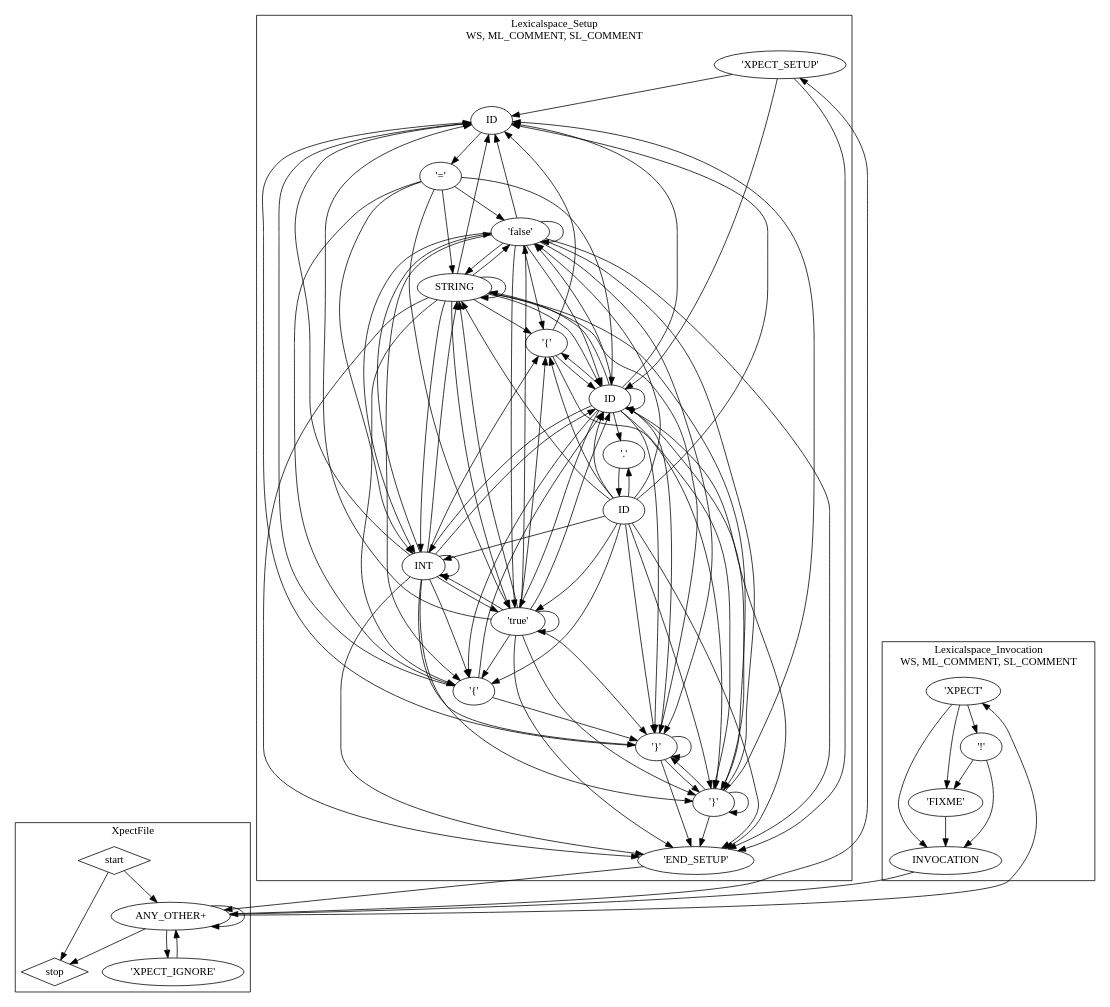
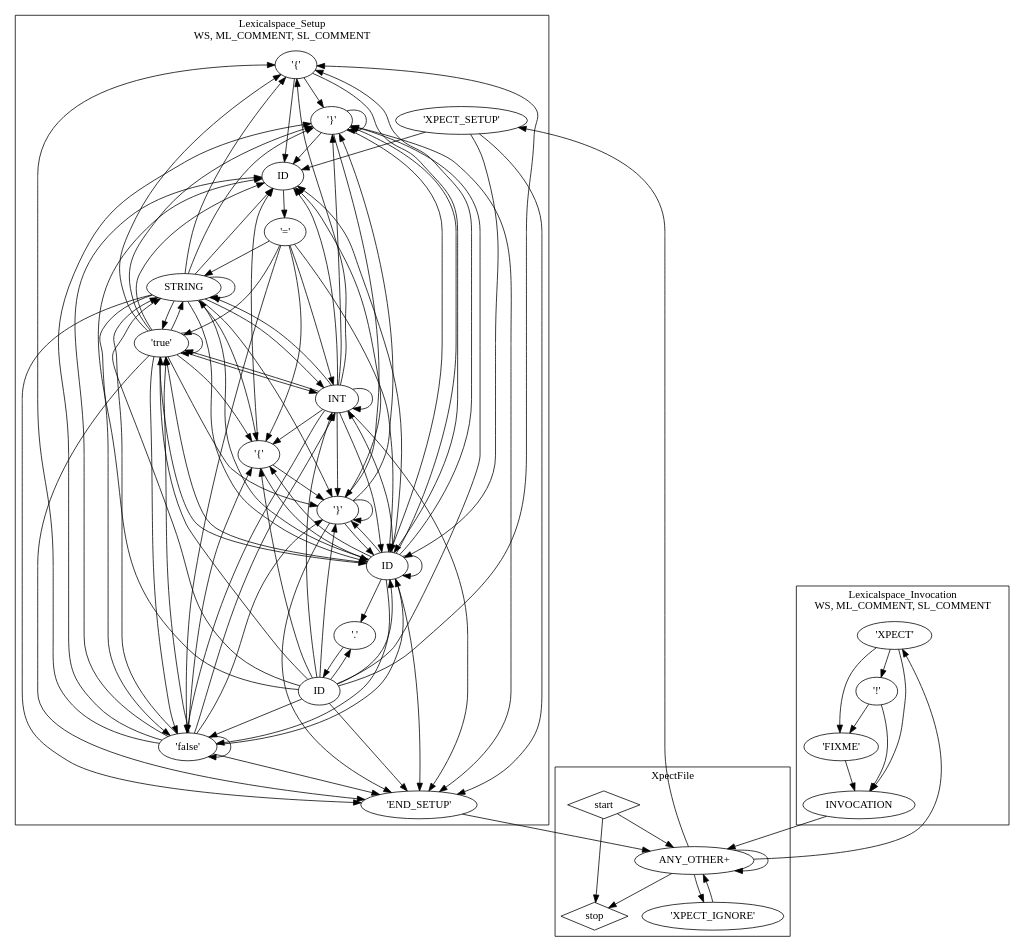
One commit to tjeske/Xpect changed the diagram in org.eclipse.xpect.ui/src-gen/org/eclipse/xpect/lexer/XpectCAGrammarNfa.dot. Above: the diagram before and after it, drawn with Graphviz. The commit also changed 66 other files, not shown here.

```diff
--- a/org.eclipse.xpect.ui/src-gen/org/eclipse/xpect/lexer/XpectCAGrammarNfa.dot
+++ b/org.eclipse.xpect.ui/src-gen/org/eclipse/xpect/lexer/XpectCAGrammarNfa.dot
@@ -1,150 +1,150 @@
 ## This is a Graphviz .dot file (http://www.graphviz.org/)
 ## You can use the command 'dot -Tpdf this.dot > out.pdf' to render it.
 digraph G {
-subgraph cluster_lexicalgroup435175610 {
+subgraph cluster_lexicalgroup50297459 {
 label="Lexicalspace_Setup\nWS, ML_COMMENT, SL_COMMENT";
-tokennfastate1112815284 [label=ID];
-tokennfastate457198113 [label="'}'"];
-tokennfastate1534055213 [label="'false'"];
-tokennfastate1451083735 [label="'true'"];
-tokennfastate677196787 [label="'END_SETUP'"];
-tokennfastate37108197 [label="'XPECT_SETUP'"];
-tokennfastate781570403 [label="'{'"];
-tokennfastate1459324877 [label=ID];
-tokennfastate671785405 [label="'.'"];
-tokennfastate1835492991 [label=INT];
-tokennfastate1845535162 [label="'}'"];
-tokennfastate801965910 [label="'{'"];
-tokennfastate98860575 [label=STRING];
-tokennfastate604285754 [label=ID];
-tokennfastate1953442705 [label="'='"];
+tokennfastate1663411526 [label="'{'"];
+tokennfastate2013424197 [label=STRING];
+tokennfastate1449912962 [label="'}'"];
+tokennfastate200704889 [label=ID];
+tokennfastate1260967815 [label="'.'"];
+tokennfastate1948971322 [label=ID];
+tokennfastate323100336 [label="'='"];
+tokennfastate1196005594 [label="'}'"];
+tokennfastate486884531 [label="'false'"];
+tokennfastate584573217 [label="'{'"];
+tokennfastate1761861940 [label="'END_SETUP'"];
+tokennfastate2010244873 [label=INT];
+tokennfastate1614100844 [label=ID];
+tokennfastate514944587 [label="'true'"];
+tokennfastate1635523266 [label="'XPECT_SETUP'"];
 }
 
-subgraph cluster_lexicalgroup1329897103 {
+subgraph cluster_lexicalgroup236055802 {
 label="XpectFile\n";
-tokennfastate800126002 [shape=diamond,label=start];
-tokennfastate1486928014 [label="ANY_OTHER+"];
-tokennfastate1630819041 [shape=diamond,label=stop];
-tokennfastate1147607035 [label="'XPECT_IGNORE'"];
+tokennfastate1347473278 [shape=diamond,label=start];
+tokennfastate1831624194 [label="ANY_OTHER+"];
+tokennfastate834001734 [label="'XPECT_IGNORE'"];
+tokennfastate1880091792 [shape=diamond,label=stop];
 }
 
-subgraph cluster_lexicalgroup1803361784 {
+subgraph cluster_lexicalgroup1874542689 {
 label="Lexicalspace_Invocation\nWS, ML_COMMENT, SL_COMMENT";
-tokennfastate693539581 [label="'XPECT'"];
-tokennfastate222399667 [label="'FIXME'"];
-tokennfastate16719145 [label=INVOCATION];
-tokennfastate278738215 [label="'!'"];
+tokennfastate1747471609 [label="'FIXME'"];
+tokennfastate2085961313 [label="'XPECT'"];
+tokennfastate637301446 [label="'!'"];
+tokennfastate144616229 [label=INVOCATION];
 }
 
-tokennfastate1112815284->tokennfastate1953442705 [];
-tokennfastate457198113->tokennfastate677196787 [];
-tokennfastate457198113->tokennfastate1459324877 [];
-tokennfastate457198113->tokennfastate1112815284 [];
-tokennfastate457198113->tokennfastate457198113 [];
-tokennfastate457198113->tokennfastate1845535162 [];
-tokennfastate1534055213->tokennfastate781570403 [];
-tokennfastate1534055213->tokennfastate457198113 [];
-tokennfastate1534055213->tokennfastate1459324877 [];
-tokennfastate1534055213->tokennfastate1112815284 [];
-tokennfastate1534055213->tokennfastate1845535162 [];
-tokennfastate1534055213->tokennfastate677196787 [];
-tokennfastate1534055213->tokennfastate801965910 [];
-tokennfastate1534055213->tokennfastate1451083735 [];
-tokennfastate1534055213->tokennfastate1534055213 [];
-tokennfastate1534055213->tokennfastate1835492991 [];
-tokennfastate1534055213->tokennfastate98860575 [];
-tokennfastate1451083735->tokennfastate781570403 [];
-tokennfastate1451083735->tokennfastate457198113 [];
-tokennfastate1451083735->tokennfastate1459324877 [];
-tokennfastate1451083735->tokennfastate1112815284 [];
-tokennfastate1451083735->tokennfastate1845535162 [];
-tokennfastate1451083735->tokennfastate677196787 [];
-tokennfastate1451083735->tokennfastate801965910 [];
-tokennfastate1451083735->tokennfastate1451083735 [];
-tokennfastate1451083735->tokennfastate1534055213 [];
-tokennfastate1451083735->tokennfastate1835492991 [];
-tokennfastate1451083735->tokennfastate98860575 [];
-tokennfastate677196787->tokennfastate1486928014 [];
-tokennfastate37108197->tokennfastate677196787 [];
-tokennfastate37108197->tokennfastate1459324877 [];
-tokennfastate37108197->tokennfastate1112815284 [];
-tokennfastate781570403->tokennfastate1845535162 [];
-tokennfastate781570403->tokennfastate1112815284 [];
-tokennfastate781570403->tokennfastate1459324877 [];
-tokennfastate1459324877->tokennfastate677196787 [];
-tokennfastate1459324877->tokennfastate1459324877 [];
-tokennfastate1459324877->tokennfastate1112815284 [];
-tokennfastate1459324877->tokennfastate671785405 [];
-tokennfastate1459324877->tokennfastate457198113 [];
-tokennfastate1459324877->tokennfastate1845535162 [];
-tokennfastate1459324877->tokennfastate1451083735 [];
-tokennfastate1459324877->tokennfastate1534055213 [];
-tokennfastate1459324877->tokennfastate1835492991 [];
-tokennfastate1459324877->tokennfastate98860575 [];
-tokennfastate1459324877->tokennfastate781570403 [];
-tokennfastate1459324877->tokennfastate801965910 [];
-tokennfastate671785405->tokennfastate604285754 [];
-tokennfastate1835492991->tokennfastate781570403 [];
-tokennfastate1835492991->tokennfastate457198113 [];
-tokennfastate1835492991->tokennfastate1459324877 [];
-tokennfastate1835492991->tokennfastate1112815284 [];
-tokennfastate1835492991->tokennfastate1845535162 [];
-tokennfastate1835492991->tokennfastate677196787 [];
-tokennfastate1835492991->tokennfastate801965910 [];
-tokennfastate1835492991->tokennfastate1451083735 [];
-tokennfastate1835492991->tokennfastate1534055213 [];
-tokennfastate1835492991->tokennfastate1835492991 [];
-tokennfastate1835492991->tokennfastate98860575 [];
-tokennfastate1845535162->tokennfastate457198113 [];
-tokennfastate1845535162->tokennfastate1459324877 [];
-tokennfastate1845535162->tokennfastate1112815284 [];
-tokennfastate1845535162->tokennfastate1845535162 [];
-tokennfastate1845535162->tokennfastate677196787 [];
-tokennfastate801965910->tokennfastate457198113 [];
-tokennfastate801965910->tokennfastate1459324877 [];
-tokennfastate801965910->tokennfastate1112815284 [];
-tokennfastate98860575->tokennfastate781570403 [];
-tokennfastate98860575->tokennfastate457198113 [];
-tokennfastate98860575->tokennfastate1459324877 [];
-tokennfastate98860575->tokennfastate1112815284 [];
-tokennfastate98860575->tokennfastate1845535162 [];
-tokennfastate98860575->tokennfastate677196787 [];
-tokennfastate98860575->tokennfastate801965910 [];
-tokennfastate98860575->tokennfastate1451083735 [];
-tokennfastate98860575->tokennfastate1534055213 [];
-tokennfastate98860575->tokennfastate1835492991 [];
-tokennfastate98860575->tokennfastate98860575 [];
-tokennfastate604285754->tokennfastate801965910 [];
-tokennfastate604285754->tokennfastate1451083735 [];
-tokennfastate604285754->tokennfastate1534055213 [];
-tokennfastate604285754->tokennfastate1835492991 [];
-tokennfastate604285754->tokennfastate98860575 [];
-tokennfastate604285754->tokennfastate457198113 [];
-tokennfastate604285754->tokennfastate1459324877 [];
-tokennfastate604285754->tokennfastate1112815284 [];
-tokennfastate604285754->tokennfastate1845535162 [];
-tokennfastate604285754->tokennfastate677196787 [];
-tokennfastate604285754->tokennfastate781570403 [];
-tokennfastate604285754->tokennfastate671785405 [];
-tokennfastate1953442705->tokennfastate1459324877 [];
-tokennfastate1953442705->tokennfastate781570403 [];
-tokennfastate1953442705->tokennfastate1451083735 [];
-tokennfastate1953442705->tokennfastate1534055213 [];
-tokennfastate1953442705->tokennfastate1835492991 [];
-tokennfastate1953442705->tokennfastate98860575 [];
-tokennfastate800126002->tokennfastate1630819041 [];
-tokennfastate800126002->tokennfastate1486928014 [];
-tokennfastate1486928014->tokennfastate1147607035 [];
-tokennfastate1486928014->tokennfastate37108197 [];
-tokennfastate1486928014->tokennfastate693539581 [];
-tokennfastate1486928014->tokennfastate1630819041 [];
-tokennfastate1486928014->tokennfastate1486928014 [];
-tokennfastate1147607035->tokennfastate1486928014 [];
-tokennfastate693539581->tokennfastate16719145 [];
-tokennfastate693539581->tokennfastate278738215 [];
-tokennfastate693539581->tokennfastate222399667 [];
-tokennfastate222399667->tokennfastate16719145 [];
-tokennfastate16719145->tokennfastate1486928014 [];
-tokennfastate278738215->tokennfastate16719145 [];
-tokennfastate278738215->tokennfastate222399667 [];
+tokennfastate1663411526->tokennfastate1449912962 [];
+tokennfastate1663411526->tokennfastate1948971322 [];
+tokennfastate1663411526->tokennfastate200704889 [];
+tokennfastate2013424197->tokennfastate584573217 [];
+tokennfastate2013424197->tokennfastate1449912962 [];
+tokennfastate2013424197->tokennfastate1948971322 [];
+tokennfastate2013424197->tokennfastate200704889 [];
+tokennfastate2013424197->tokennfastate1196005594 [];
+tokennfastate2013424197->tokennfastate1761861940 [];
+tokennfastate2013424197->tokennfastate1663411526 [];
+tokennfastate2013424197->tokennfastate514944587 [];
+tokennfastate2013424197->tokennfastate486884531 [];
+tokennfastate2013424197->tokennfastate2010244873 [];
+tokennfastate2013424197->tokennfastate2013424197 [];
+tokennfastate1449912962->tokennfastate1761861940 [];
+tokennfastate1449912962->tokennfastate1948971322 [];
+tokennfastate1449912962->tokennfastate200704889 [];
+tokennfastate1449912962->tokennfastate1449912962 [];
+tokennfastate1449912962->tokennfastate1196005594 [];
+tokennfastate200704889->tokennfastate323100336 [];
+tokennfastate1260967815->tokennfastate1614100844 [];
+tokennfastate1948971322->tokennfastate1761861940 [];
+tokennfastate1948971322->tokennfastate1948971322 [];
+tokennfastate1948971322->tokennfastate200704889 [];
+tokennfastate1948971322->tokennfastate1260967815 [];
+tokennfastate1948971322->tokennfastate1449912962 [];
+tokennfastate1948971322->tokennfastate1196005594 [];
+tokennfastate1948971322->tokennfastate514944587 [];
+tokennfastate1948971322->tokennfastate486884531 [];
+tokennfastate1948971322->tokennfastate2010244873 [];
+tokennfastate1948971322->tokennfastate2013424197 [];
+tokennfastate1948971322->tokennfastate584573217 [];
+tokennfastate1948971322->tokennfastate1663411526 [];
+tokennfastate323100336->tokennfastate1948971322 [];
+tokennfastate323100336->tokennfastate584573217 [];
+tokennfastate323100336->tokennfastate514944587 [];
+tokennfastate323100336->tokennfastate486884531 [];
+tokennfastate323100336->tokennfastate2010244873 [];
+tokennfastate323100336->tokennfastate2013424197 [];
+tokennfastate1196005594->tokennfastate1449912962 [];
+tokennfastate1196005594->tokennfastate1948971322 [];
+tokennfastate1196005594->tokennfastate200704889 [];
+tokennfastate1196005594->tokennfastate1196005594 [];
+tokennfastate1196005594->tokennfastate1761861940 [];
+tokennfastate486884531->tokennfastate584573217 [];
+tokennfastate486884531->tokennfastate1449912962 [];
+tokennfastate486884531->tokennfastate1948971322 [];
+tokennfastate486884531->tokennfastate200704889 [];
+tokennfastate486884531->tokennfastate1196005594 [];
+tokennfastate486884531->tokennfastate1761861940 [];
+tokennfastate486884531->tokennfastate1663411526 [];
+tokennfastate486884531->tokennfastate514944587 [];
+tokennfastate486884531->tokennfastate486884531 [];
+tokennfastate486884531->tokennfastate2010244873 [];
+tokennfastate486884531->tokennfastate2013424197 [];
+tokennfastate584573217->tokennfastate1196005594 [];
+tokennfastate584573217->tokennfastate200704889 [];
+tokennfastate584573217->tokennfastate1948971322 [];
+tokennfastate1761861940->tokennfastate1831624194 [];
+tokennfastate2010244873->tokennfastate584573217 [];
+tokennfastate2010244873->tokennfastate1449912962 [];
+tokennfastate2010244873->tokennfastate1948971322 [];
+tokennfastate2010244873->tokennfastate200704889 [];
+tokennfastate2010244873->tokennfastate1196005594 [];
+tokennfastate2010244873->tokennfastate1761861940 [];
+tokennfastate2010244873->tokennfastate1663411526 [];
+tokennfastate2010244873->tokennfastate514944587 [];
+tokennfastate2010244873->tokennfastate486884531 [];
+tokennfastate2010244873->tokennfastate2010244873 [];
+tokennfastate2010244873->tokennfastate2013424197 [];
+tokennfastate1614100844->tokennfastate1663411526 [];
+tokennfastate1614100844->tokennfastate514944587 [];
+tokennfastate1614100844->tokennfastate486884531 [];
+tokennfastate1614100844->tokennfastate2010244873 [];
+tokennfastate1614100844->tokennfastate2013424197 [];
+tokennfastate1614100844->tokennfastate1449912962 [];
+tokennfastate1614100844->tokennfastate1948971322 [];
+tokennfastate1614100844->tokennfastate200704889 [];
+tokennfastate1614100844->tokennfastate1196005594 [];
+tokennfastate1614100844->tokennfastate1761861940 [];
+tokennfastate1614100844->tokennfastate584573217 [];
+tokennfastate1614100844->tokennfastate1260967815 [];
+tokennfastate514944587->tokennfastate584573217 [];
+tokennfastate514944587->tokennfastate1449912962 [];
+tokennfastate514944587->tokennfastate1948971322 [];
+tokennfastate514944587->tokennfastate200704889 [];
+tokennfastate514944587->tokennfastate1196005594 [];
+tokennfastate514944587->tokennfastate1761861940 [];
+tokennfastate514944587->tokennfastate1663411526 [];
+tokennfastate514944587->tokennfastate514944587 [];
+tokennfastate514944587->tokennfastate486884531 [];
+tokennfastate514944587->tokennfastate2010244873 [];
+tokennfastate514944587->tokennfastate2013424197 [];
+tokennfastate1635523266->tokennfastate1761861940 [];
+tokennfastate1635523266->tokennfastate1948971322 [];
+tokennfastate1635523266->tokennfastate200704889 [];
+tokennfastate1347473278->tokennfastate1880091792 [];
+tokennfastate1347473278->tokennfastate1831624194 [];
+tokennfastate1831624194->tokennfastate834001734 [];
+tokennfastate1831624194->tokennfastate1635523266 [];
+tokennfastate1831624194->tokennfastate2085961313 [];
+tokennfastate1831624194->tokennfastate1880091792 [];
+tokennfastate1831624194->tokennfastate1831624194 [];
+tokennfastate834001734->tokennfastate1831624194 [];
+tokennfastate1747471609->tokennfastate144616229 [];
+tokennfastate2085961313->tokennfastate144616229 [];
+tokennfastate2085961313->tokennfastate637301446 [];
+tokennfastate2085961313->tokennfastate1747471609 [];
+tokennfastate637301446->tokennfastate144616229 [];
+tokennfastate637301446->tokennfastate1747471609 [];
+tokennfastate144616229->tokennfastate1831624194 [];
 }
```
